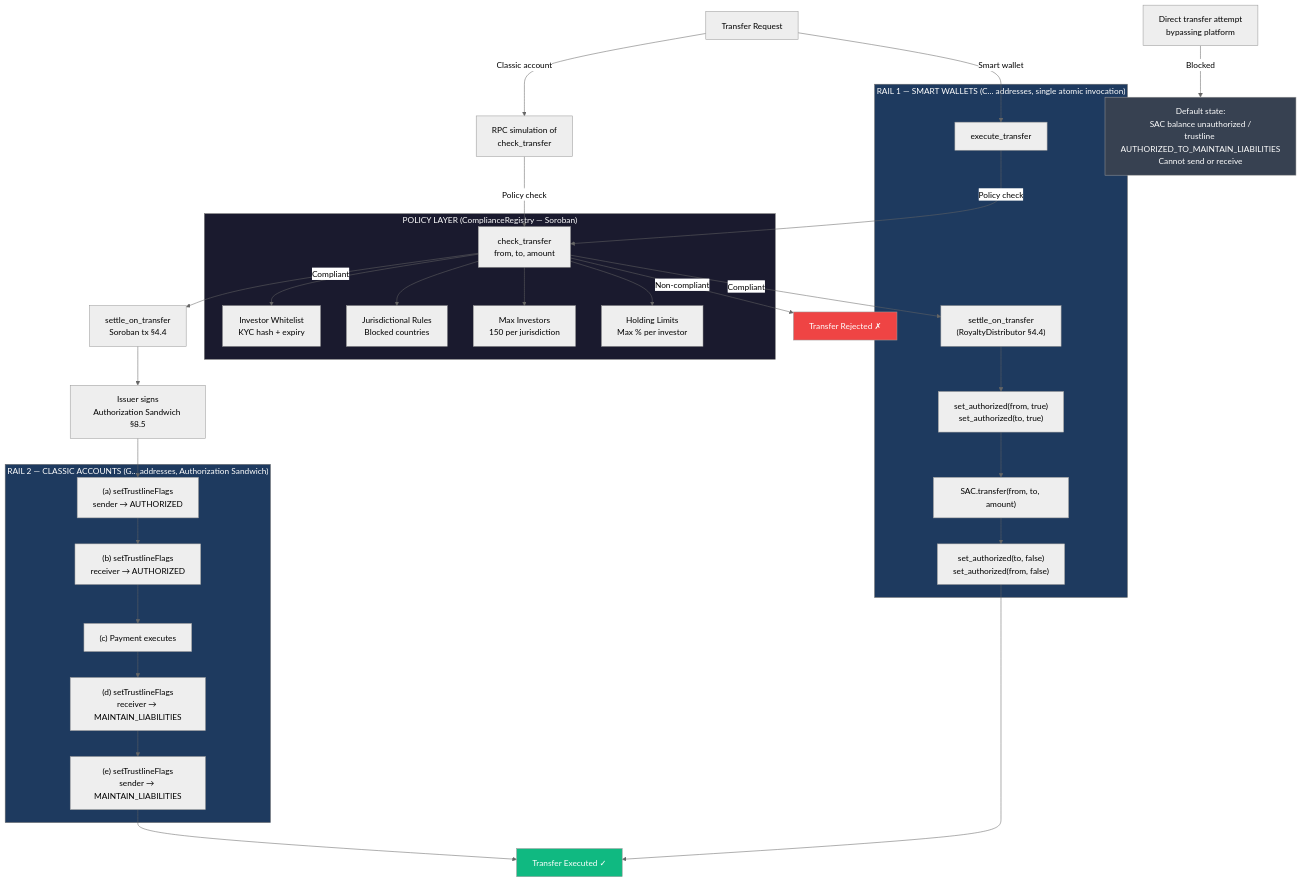
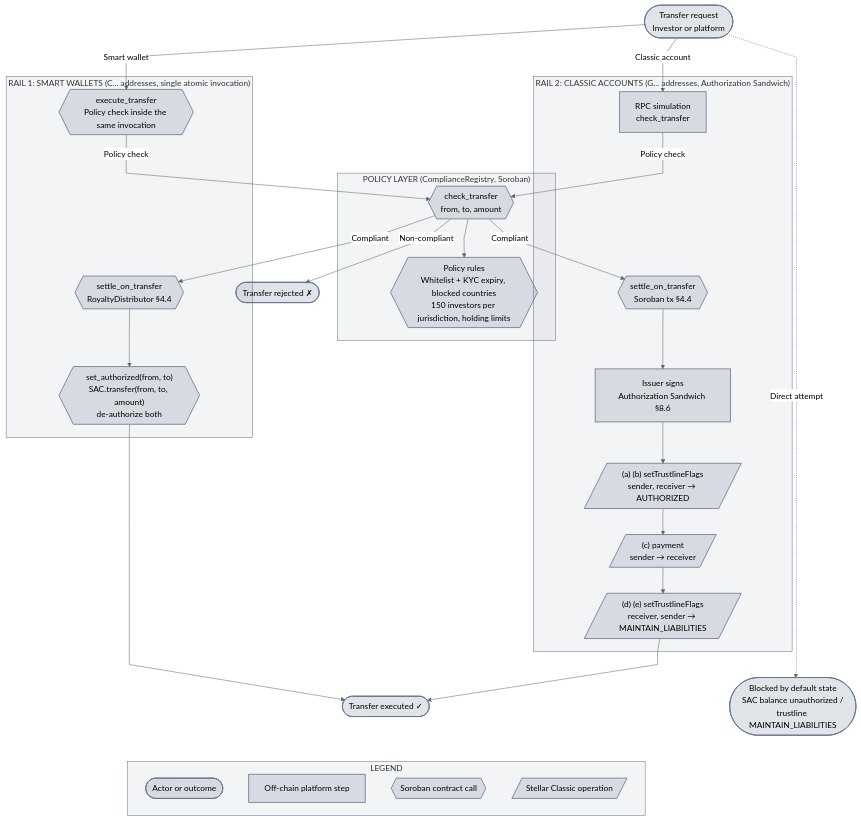
The third of 7 diagrams in ARCHITECTURE_v4.md (guichardsabna-lab/ACE-Contract-Infrastructure), drawn with Mermaid (neutral theme) before and after one commit. The commit also changed other lines of this file, not shown here.

Commit message:
Update architecture: ecosystem building blocks, wallet model and cross-chain deposits

````diff
--- a/ARCHITECTURE_v4.md
+++ b/ARCHITECTURE_v4.md
@@ -751,53 +771,66 @@
 ```mermaid
-graph TB
-    TX[Transfer Request]
+%%{init: {"flowchart": {"curve": "linear"}}}%%
+flowchart TB
+    TX(["Transfer request<br/>Investor or platform"])
 
-    subgraph POLICY["POLICY LAYER (ComplianceRegistry — Soroban)"]
-        CT[check_transfer<br/>from, to, amount]
-        WL[Investor Whitelist<br/>KYC hash + expiry]
-        JR[Jurisdictional Rules<br/>Blocked countries]
-        MI[Max Investors<br/>150 per jurisdiction]
-        HL[Holding Limits<br/>Max % per investor]
+    subgraph POLICY["POLICY LAYER (ComplianceRegistry, Soroban)"]
+        CT{{"check_transfer<br/>from, to, amount"}}
+        RULES{{"Policy rules<br/>Whitelist + KYC expiry, blocked countries<br/>150 investors per jurisdiction, holding limits"}}
     end
 
-    CT --> WL
-    CT --> JR
-    CT --> MI
-    CT --> HL
-    CT -->|Non-compliant| FAIL[Transfer Rejected ✗]
-
-    subgraph RAIL1["RAIL 1 — SMART WALLETS (C... addresses, single atomic invocation)"]
-        ET[execute_transfer]
-        A0["settle_on_transfer<br/>(RoyaltyDistributor §4.4)"]
-        A1["set_authorized(from, true)<br/>set_authorized(to, true)"]
-        A2["SAC.transfer(from, to, amount)"]
-        A3["set_authorized(to, false)<br/>set_authorized(from, false)"]
+    subgraph RAIL1["RAIL 1: SMART WALLETS (C... addresses, single atomic invocation)"]
+        ET{{"execute_transfer<br/>Policy check inside the same invocation"}}
+        A0{{"settle_on_transfer<br/>RoyaltyDistributor §4.4"}}
+        A1{{"set_authorized(from, to)<br/>SAC.transfer(from, to, amount)<br/>de-authorize both"}}
     end
 
-    subgraph RAIL2["RAIL 2 — CLASSIC ACCOUNTS (G... addresses, Authorization Sandwich)"]
-        S1["(a) setTrustlineFlags<br/>sender → AUTHORIZED"]
-        S2["(b) setTrustlineFlags<br/>receiver → AUTHORIZED"]
-        S3["(c) Payment executes"]
-        S4["(d) setTrustlineFlags<br/>receiver → MAINTAIN_LIABILITIES"]
-        S5["(e) setTrustlineFlags<br/>sender → MAINTAIN_LIABILITIES"]
+    subgraph RAIL2["RAIL 2: CLASSIC ACCOUNTS (G... addresses, Authorization Sandwich)"]
+        SIM["RPC simulation<br/>check_transfer"]
+        SET{{"settle_on_transfer<br/>Soroban tx §4.4"}}
+        SIGN["Issuer signs<br/>Authorization Sandwich §8.6"]
+        S1[/"(a) (b) setTrustlineFlags<br/>sender, receiver → AUTHORIZED"/]
+        S3[/"(c) payment<br/>sender → receiver"/]
+        S5[/"(d) (e) setTrustlineFlags<br/>receiver, sender → MAINTAIN_LIABILITIES"/]
     end
 
+    OK(["Transfer executed ✓"])
+    FAIL(["Transfer rejected ✗"])
+    DEFAULT(["Blocked by default state<br/>SAC balance unauthorized /<br/>trustline MAINTAIN_LIABILITIES"])
+
+    subgraph LEG["LEGEND"]
+        L1(["Actor or outcome"])
+        L2["Off-chain platform step"]
+        L3{{"Soroban contract call"}}
+        L4[/"Stellar Classic operation"/]
+    end
+
+    S5 ~~~ DEFAULT
+    OK ~~~ L1
+    OK ~~~ L2
+    OK ~~~ L3
+    OK ~~~ L4
+
     TX -->|Smart wallet| ET
+    TX -->|Classic account| SIM
+    TX -.->|Direct attempt| DEFAULT
     ET -->|Policy check| CT
-    CT -->|Compliant| A0 --> A1 --> A2 --> A3 --> OK[Transfer Executed ✓]
+    SIM -->|Policy check| CT
+    CT --> RULES
+    CT -->|Non-compliant| FAIL
+    CT -->|Compliant| A0
+    A0 --> A1
+    A1 --> OK
+    CT -->|Compliant| SET
+    SET --> SIGN
+    SIGN --> S1
+    S1 --> S3
+    S3 --> S5
+    S5 --> OK
 
-    TX -->|Classic account| SIM[RPC simulation of<br/>check_transfer]
-    SIM -->|Policy check| CT
-    CT -->|Compliant| SET[settle_on_transfer<br/>Soroban tx §4.4]
-    SET --> SIGN[Issuer signs<br/>Authorization Sandwich §8.5]
-    SIGN --> S1 --> S2 --> S3 --> S4 --> S5 --> OK
-
-    BYPASS[Direct transfer attempt<br/>bypassing platform] -->|Blocked| DEFAULT[Default state:<br/>SAC balance unauthorized /<br/>trustline AUTHORIZED_TO_MAINTAIN_LIABILITIES<br/>Cannot send or receive]
-
-    style POLICY fill:#1a1a2e,color:#fff
-    style RAIL1 fill:#1e3a5f,color:#fff
-    style RAIL2 fill:#1e3a5f,color:#fff
-    style OK fill:#10b981,color:#fff
-    style FAIL fill:#ef4444,color:#fff
-    style DEFAULT fill:#374151,color:#fff
+    style POLICY fill:#64748b14,stroke:#64748b
+    style RAIL1 fill:#64748b14,stroke:#64748b
+    style RAIL2 fill:#64748b14,stroke:#64748b
+    style LEG fill:#64748b14,stroke:#64748b
+    classDef boite fill:#64748b33,stroke:#64748b,stroke-width:1.5px
+    class TX,CT,RULES,ET,A0,A1,SIM,SET,SIGN,S1,S3,S5,OK,FAIL,DEFAULT,L1,L2,L3,L4 boite
 ```
````
